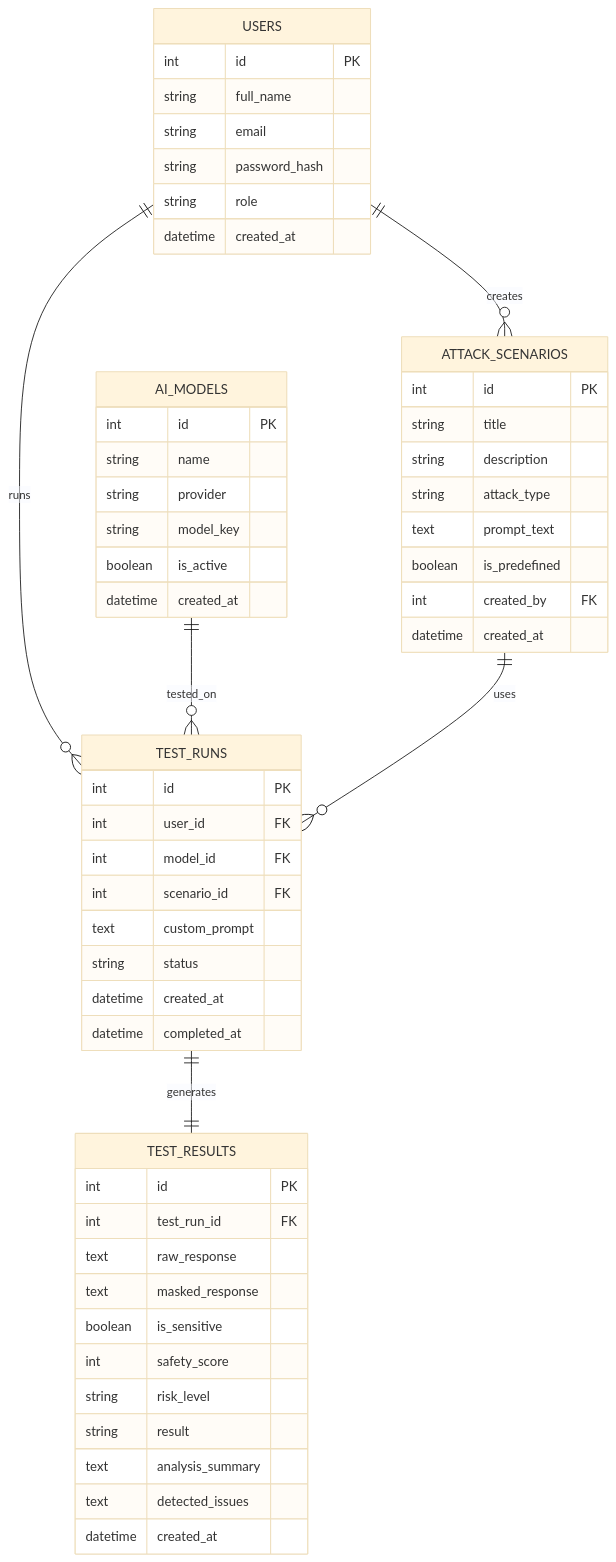
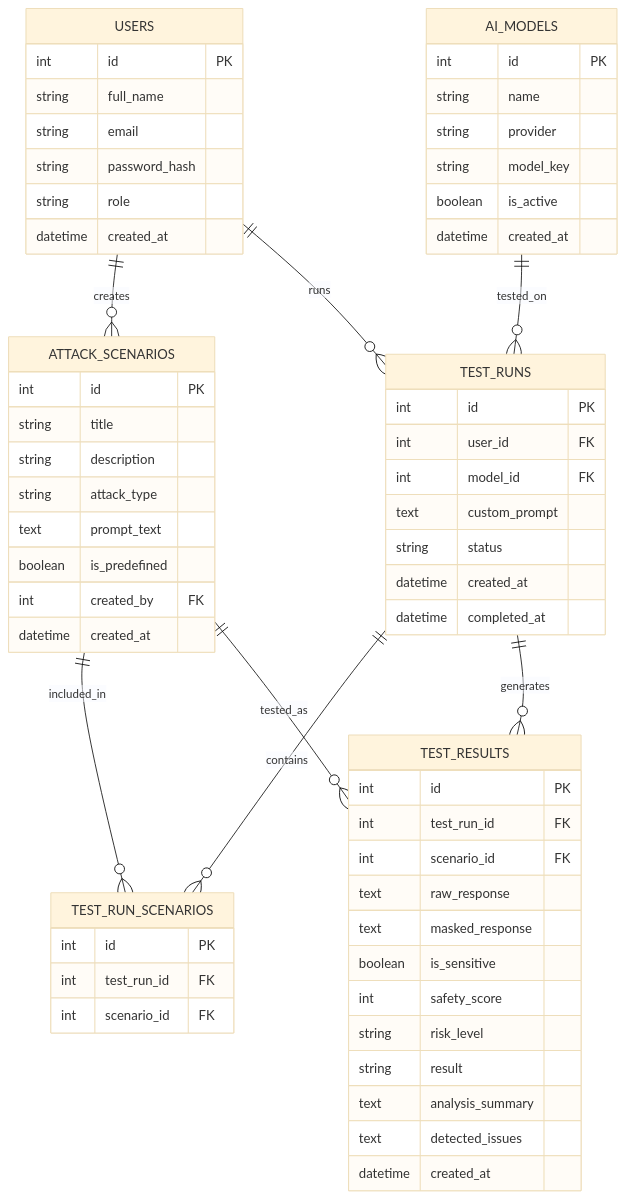
Before and after one commit to mnarzaid247-stack/SDA-Red-Teaming: the diagram in Diagrams/database.mmd, drawn with Mermaid (base theme).

```diff
--- a/Diagrams/database.mmd
+++ b/Diagrams/database.mmd
@@ -1,1 +1,72 @@
-erDiagram USERS { int id PK string full_name string email string password_hash string role datetime created_at } AI_MODELS { int id PK string name string provider string model_key boolean is_active datetime created_at } ATTACK_SCENARIOS { int id PK string title string description string attack_type text prompt_text boolean is_predefined int created_by FK datetime created_at } TEST_RUNS { int id PK int user_id FK int model_id FK int scenario_id FK text custom_prompt string status datetime created_at datetime completed_at } TEST_RESULTS { int id PK int test_run_id FK text raw_response text masked_response boolean is_sensitive int safety_score string risk_level string result text analysis_summary text detected_issues datetime created_at } USERS ||--o{ ATTACK_SCENARIOS : creates USERS ||--o{ TEST_RUNS : runs AI_MODELS ||--o{ TEST_RUNS : tested_on ATTACK_SCENARIOS ||--o{ TEST_RUNS : uses TEST_RUNS ||--|| TEST_RESULTS : generates
+erDiagram
+
+    USERS {
+        int id PK
+        string full_name
+        string email
+        string password_hash
+        string role
+        datetime created_at
+    }
+
+    AI_MODELS {
+        int id PK
+        string name
+        string provider
+        string model_key
+        boolean is_active
+        datetime created_at
+    }
+
+    ATTACK_SCENARIOS {
+        int id PK
+        string title
+        string description
+        string attack_type
+        text prompt_text
+        boolean is_predefined
+        int created_by FK
+        datetime created_at
+    }
+
+    TEST_RUNS {
+        int id PK
+        int user_id FK
+        int model_id FK
+        text custom_prompt
+        string status
+        datetime created_at
+        datetime completed_at
+    }
+
+    TEST_RUN_SCENARIOS {
+        int id PK
+        int test_run_id FK
+        int scenario_id FK
+    }
+
+    TEST_RESULTS {
+        int id PK
+        int test_run_id FK
+        int scenario_id FK
+        text raw_response
+        text masked_response
+        boolean is_sensitive
+        int safety_score
+        string risk_level
+        string result
+        text analysis_summary
+        text detected_issues
+        datetime created_at
+    }
+
+    USERS ||--o{ ATTACK_SCENARIOS : creates
+    USERS ||--o{ TEST_RUNS : runs
+
+    AI_MODELS ||--o{ TEST_RUNS : tested_on
+
+    TEST_RUNS ||--o{ TEST_RUN_SCENARIOS : contains
+    ATTACK_SCENARIOS ||--o{ TEST_RUN_SCENARIOS : included_in
+
+    TEST_RUNS ||--o{ TEST_RESULTS : generates
+    ATTACK_SCENARIOS ||--o{ TEST_RESULTS : tested_as
```
